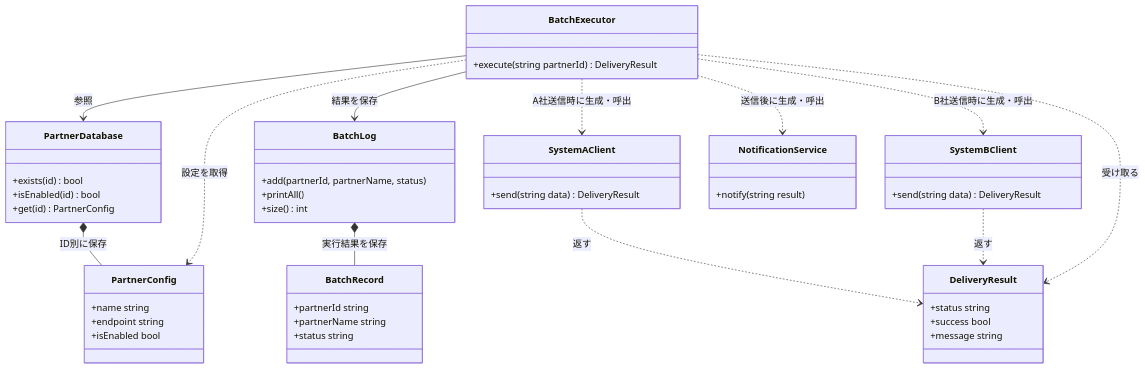
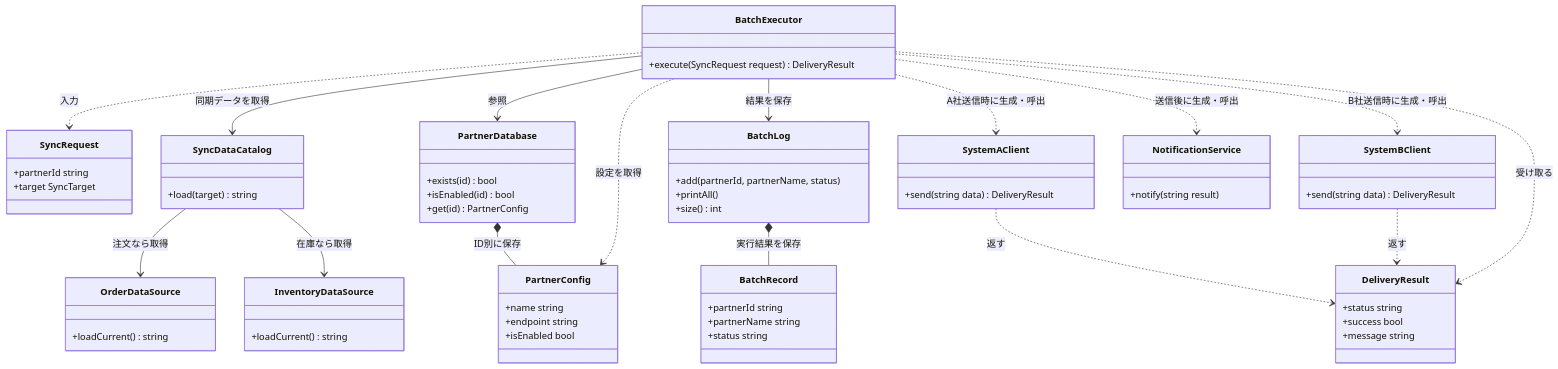
One commit to kumachan1101-pixel/DesignPattern changed the third of 12 diagrams in kindle/design-patterns/output/chapter10.md. Above: the diagram before and after it, drawn with Mermaid. The commit also changed other lines of this file and 9 other files, not shown here.

````diff
--- a/kindle/design-patterns/output/chapter10.md
+++ b/kindle/design-patterns/output/chapter10.md
@@ -194,51 +194,68 @@
 ```mermaid
 classDiagram
+    class SyncRequest {
+        +partnerId string
+        +target SyncTarget
+    }
+    class OrderDataSource {
+        +loadCurrent() string
+    }
+    class InventoryDataSource {
+        +loadCurrent() string
+    }
+    class SyncDataCatalog {
+        +load(target) string
+    }
     class PartnerConfig {
         +name string
         +endpoint string
         +isEnabled bool
     }
     class PartnerDatabase {
         +exists(id) bool
         +isEnabled(id) bool
         +get(id) PartnerConfig
     }
     class DeliveryResult {
         +status string
         +success bool
         +message string
     }
     class BatchRecord {
         +partnerId string
         +partnerName string
         +status string
     }
     class BatchLog {
         +add(partnerId, partnerName, status)
         +printAll()
         +size() int
     }
     class BatchExecutor {
-        +execute(string partnerId) DeliveryResult
+        +execute(SyncRequest request) DeliveryResult
     }
     class SystemAClient {
         +send(string data) DeliveryResult
     }
     class SystemBClient {
         +send(string data) DeliveryResult
     }
     class NotificationService {
         +notify(string result)
     }
     PartnerDatabase *-- PartnerConfig : ID別に保存
     BatchLog *-- BatchRecord : 実行結果を保存
+    SyncDataCatalog --> OrderDataSource : 注文なら取得
+    SyncDataCatalog --> InventoryDataSource : 在庫なら取得
+    BatchExecutor ..> SyncRequest : 入力
+    BatchExecutor --> SyncDataCatalog : 同期データを取得
     BatchExecutor --> PartnerDatabase : 参照
     BatchExecutor --> BatchLog : 結果を保存
     BatchExecutor ..> PartnerConfig : 設定を取得
     SystemAClient ..> DeliveryResult : 返す
     SystemBClient ..> DeliveryResult : 返す
     BatchExecutor ..> DeliveryResult : 受け取る
     BatchExecutor ..> SystemAClient : A社送信時に生成・呼出
     BatchExecutor ..> SystemBClient : B社送信時に生成・呼出
     BatchExecutor ..> NotificationService : 送信後に生成・呼出
 ```
````
